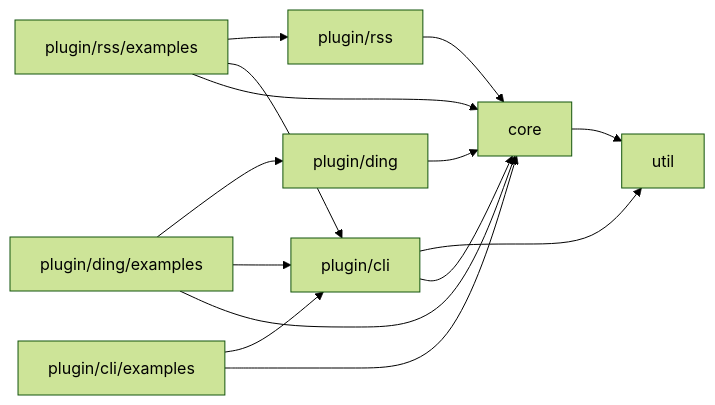
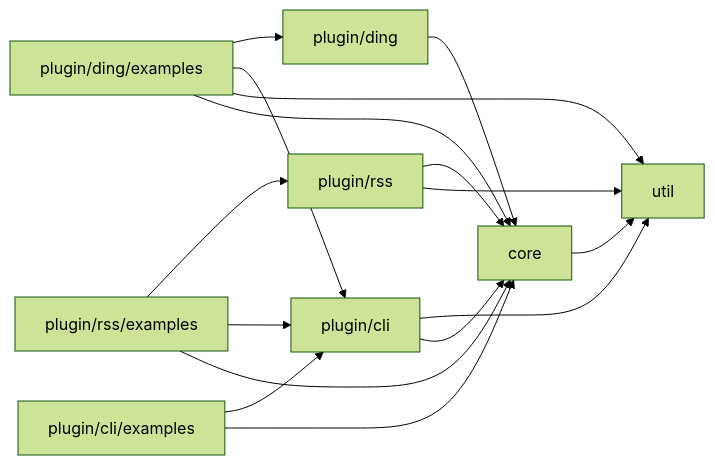
The first of 4 diagrams in documentation.md (YDX-2147483647/bulletin-issues-transferred), drawn with Mermaid (forest theme) before and after one commit. The commit also changed other lines of this file and 7 other files, not shown here.

````diff
--- a/documentation.md
+++ b/documentation.md
@@ -43,16 +43,18 @@
 ```mermaid
 flowchart LR
   plugin/ding/examples --> plugin/ding
   plugin/rss/examples --> plugin/rss
   plugin/rss --> core
   plugin/cli --> util
   plugin/ding/examples --> plugin/cli
   plugin/ding --> core
   plugin/rss/examples --> plugin/cli
   plugin/cli --> core
+  plugin/ding/examples --> util
   core --> util
   plugin/ding/examples --> core
   plugin/rss/examples --> core
   plugin/cli/examples --> plugin/cli
+  plugin/rss --> util
   plugin/cli/examples --> core
 ```
````
